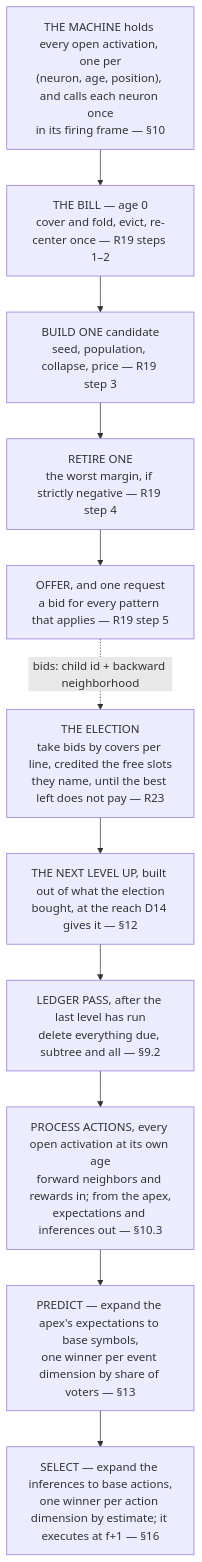
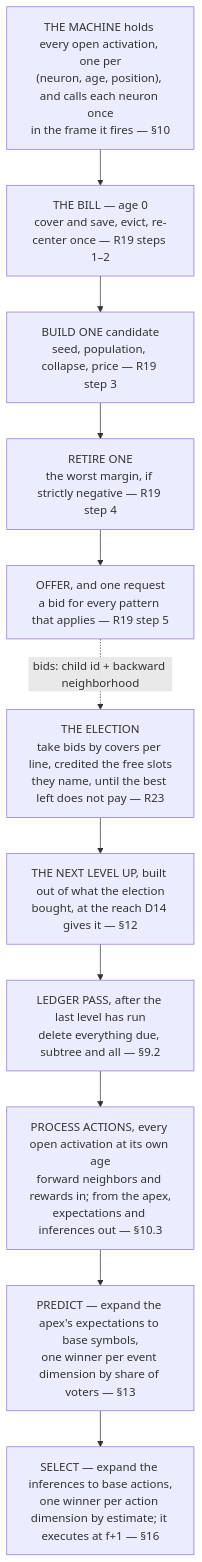
The diagram in docs/algorithm-remarks.md (cucar/robot_brain), drawn with Mermaid before and after one commit. The commit also changed other lines of this file and 2 other files, not shown here.

````diff
--- a/docs/algorithm-remarks.md
+++ b/docs/algorithm-remarks.md
@@ -868,14 +870,14 @@
 ```mermaid
 flowchart TD
-    A["THE MACHINE holds every open activation, one per<br/>(neuron, age, position), and calls each neuron once<br/>in its firing frame — §10"]
-    A --> B["THE BILL — age 0<br/>cover and fold, evict, re-center once — R19 steps 1–2"]
+    A["THE MACHINE holds every open activation, one per<br/>(neuron, age, position), and calls each neuron once<br/>in the frame it fires — §10"]
+    A --> B["THE BILL — age 0<br/>cover and save, evict, re-center once — R19 steps 1–2"]
     B --> M["BUILD ONE candidate<br/>seed, population, collapse, price — R19 step 3"]
     M --> DEL["RETIRE ONE<br/>the worst margin, if strictly negative — R19 step 4"]
     DEL --> P["OFFER, and one request<br/>a bid for every pattern that applies — R19 step 5"]
     P -.->|"bids: child id + backward neighborhood"| X["THE ELECTION<br/>take bids by covers per line, credited the free slots<br/>they name, until the best left does not pay — R23"]
     X --> O["THE NEXT LEVEL UP, built out of what the election<br/>bought, at the reach D14 gives it — §12"]
     O --> Z["LEDGER PASS, after the last level has run<br/>delete everything due, subtree and all — §9.2"]
     Z --> W["PROCESS ACTIONS, every open activation at its own age<br/>forward neighbors and rewards in; from the apex,<br/>expectations and inferences out — §10.3"]
     W --> Y["PREDICT — expand the apex's expectations to base symbols,<br/>one winner per event dimension by share of voters — §13"]
     Y --> S["SELECT — expand the inferences to base actions,<br/>one winner per action dimension by estimate; it executes at f+1 — §16"]
 ```
````
